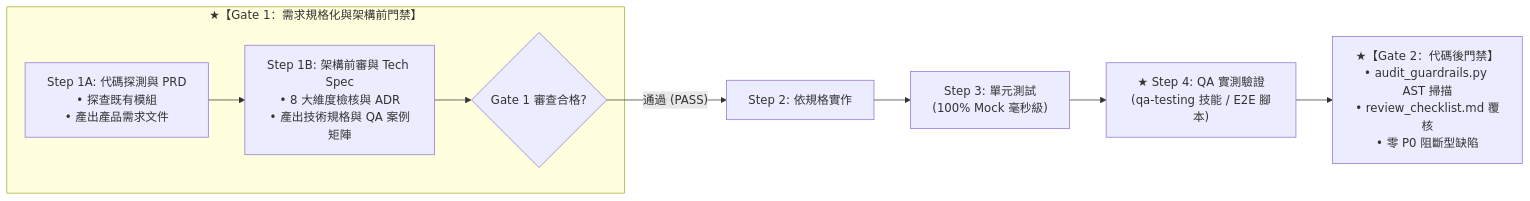
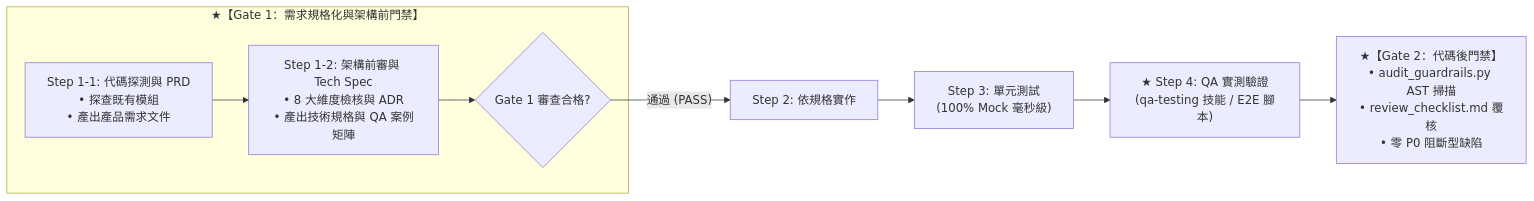
Before and after one commit to williamcccc/resume-transform-search: the fourth of 9 diagrams in ARCHITECTURE.md, drawn with Mermaid. The commit also changed other lines of this file and 27 other files, not shown here.

````diff
--- a/ARCHITECTURE.md
+++ b/ARCHITECTURE.md
@@ -497,15 +499,15 @@
 ```mermaid
 flowchart LR
     subgraph Gate1Group ["★【Gate 1：需求規格化與架構前門禁】"]
-        Step1A["Step 1A: 代碼探測與 PRD<br>• 探查既有模組<br>• 產出產品需求文件"] --> Step1B["Step 1B: 架構前審與 Tech Spec<br>• 8 大維度檢核與 ADR<br>• 產出技術規格與 QA 案例矩陣"]
+        Step1A["Step 1-1: 代碼探測與 PRD<br>• 探查既有模組<br>• 產出產品需求文件"] --> Step1B["Step 1-2: 架構前審與 Tech Spec<br>• 8 大維度檢核與 ADR<br>• 產出技術規格與 QA 案例矩陣"]
         Step1B --> Gate1Check{"Gate 1 審查合格?"}
     end
     
     Implement["Step 2: 依規格實作"]
     UnitTest["Step 3: 單元測試<br>(100% Mock 毫秒級)"]
     QATest["★ Step 4: QA 實測驗證<br>(qa-testing 技能 / E2E 腳本)"]
     
     Gate2["★【Gate 2：代碼後門禁】<br>• audit_guardrails.py AST 掃描<br>• review_checklist.md 覆核<br>• 零 P0 阻斷型缺陷"]
     
     Gate1Check -->|"通過 (PASS)"| Implement --> UnitTest --> QATest --> Gate2
 ```
````
